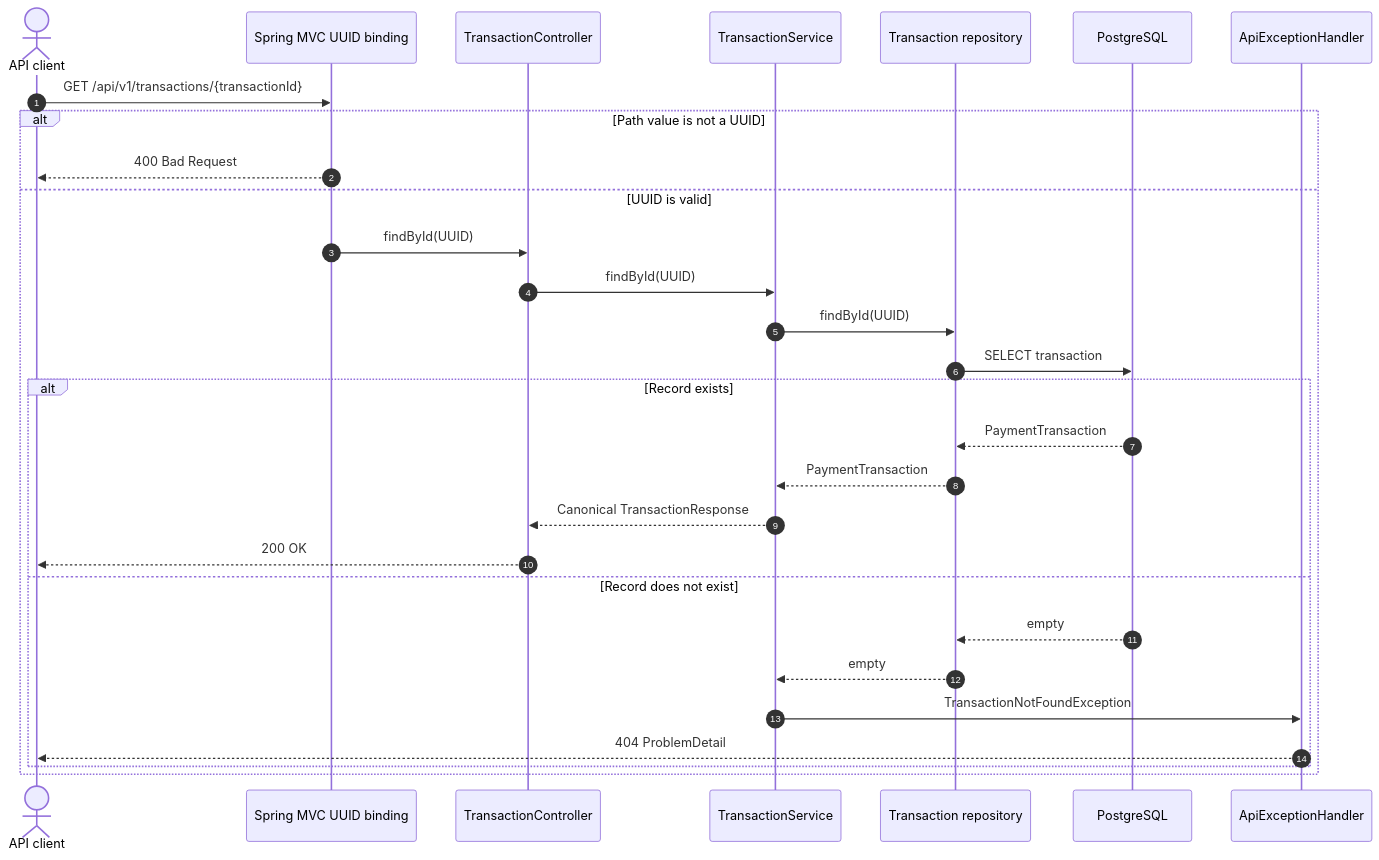
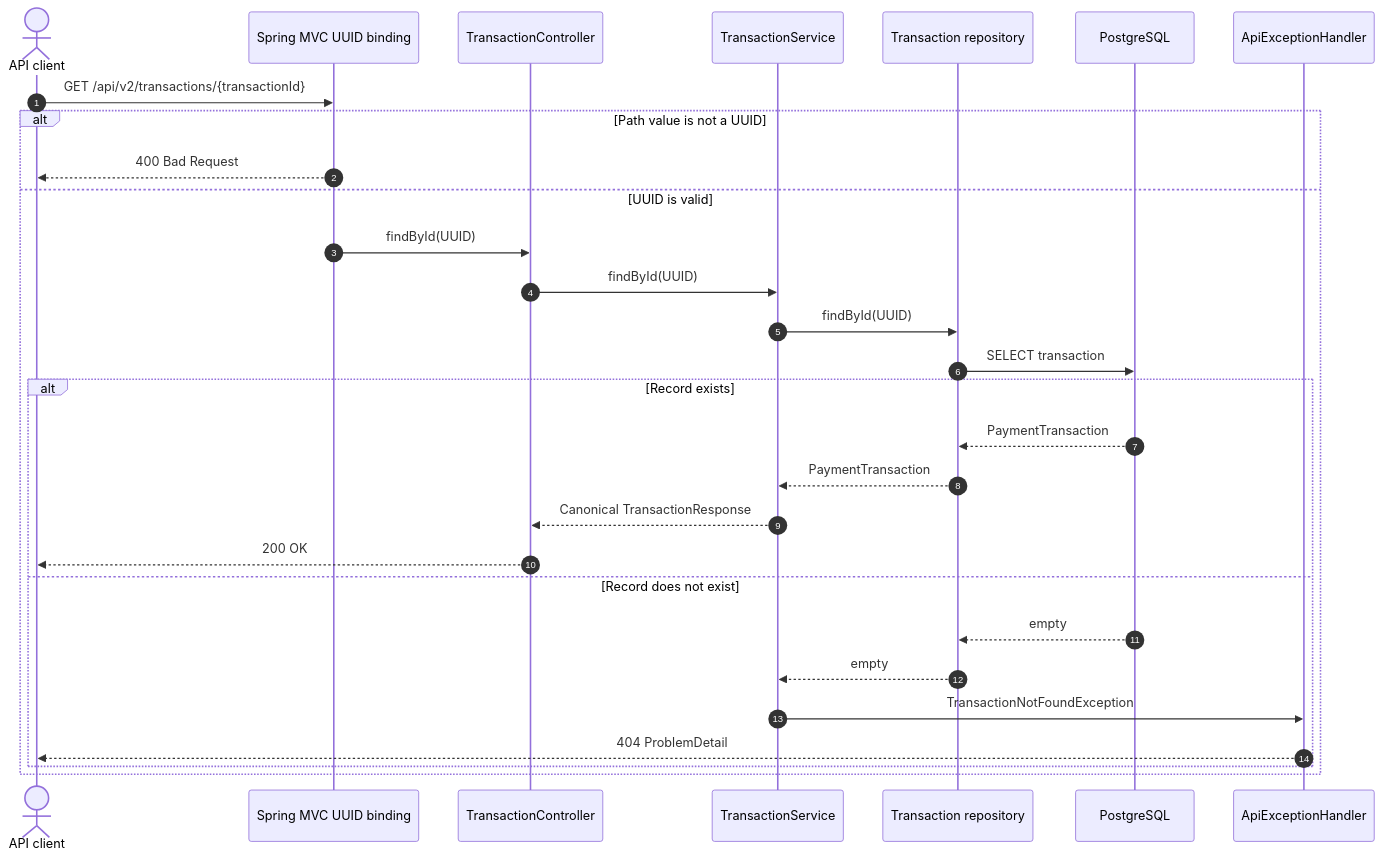
One commit to tarunngusain08/transaction-outbox-service changed the third of 19 diagrams in docs/sequence-diagrams.md. Above: the diagram before and after it, drawn with Mermaid. The commit also changed other lines of this file and 8 other files, not shown here.

````diff
--- a/docs/sequence-diagrams.md
+++ b/docs/sequence-diagrams.md
@@ -90,32 +90,32 @@
 ```mermaid
 sequenceDiagram
     autonumber
     actor Client as API client
     participant MVC as Spring MVC UUID binding
     participant Controller as TransactionController
     participant Service as TransactionService
     participant Repo as Transaction repository
     participant DB as PostgreSQL
     participant Handler as ApiExceptionHandler
 
-    Client->>MVC: GET /api/v1/transactions/{transactionId}
+    Client->>MVC: GET /api/v2/transactions/{transactionId}
     alt Path value is not a UUID
         MVC-->>Client: 400 Bad Request
     else UUID is valid
         MVC->>Controller: findById(UUID)
         Controller->>Service: findById(UUID)
         Service->>Repo: findById(UUID)
         Repo->>DB: SELECT transaction
         alt Record exists
             DB-->>Repo: PaymentTransaction
             Repo-->>Service: PaymentTransaction
             Service-->>Controller: Canonical TransactionResponse
             Controller-->>Client: 200 OK
         else Record does not exist
             DB-->>Repo: empty
             Repo-->>Service: empty
             Service->>Handler: TransactionNotFoundException
             Handler-->>Client: 404 ProblemDetail
         end
     end
 ```
````
